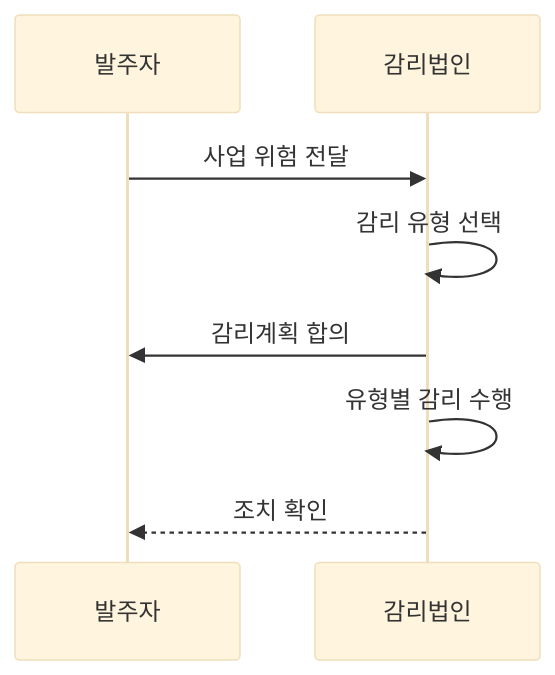
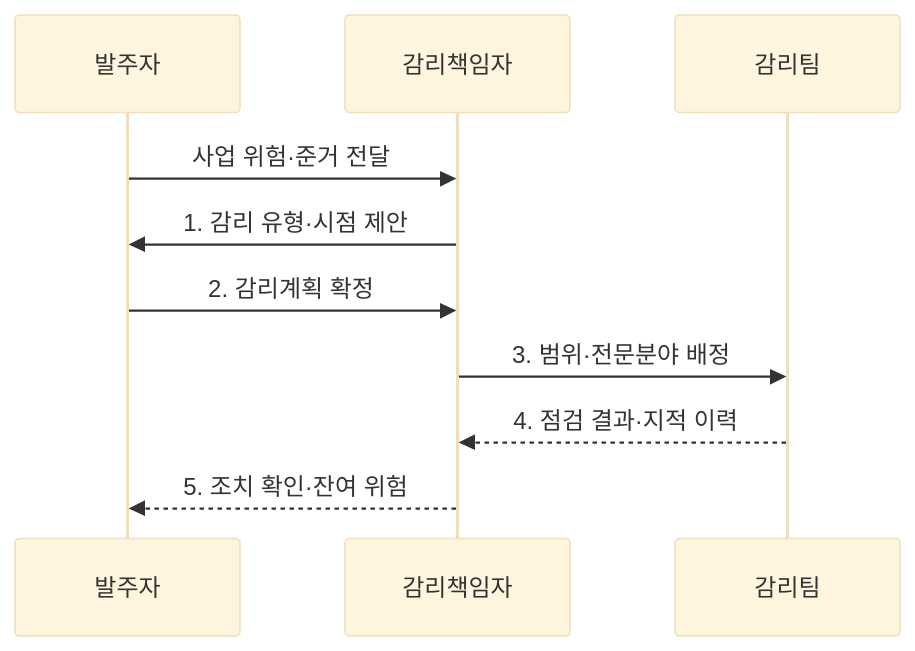
The second of 2 diagrams in src/content/docs/notes/06-evaluation/043_audit_types.md (agnusdei1207/knowledge-base), drawn with Mermaid (base theme) before and after one commit. The commit also changed other lines of this file and 9 other files, not shown here.

````diff
--- a/src/content/docs/notes/06-evaluation/043_audit_types.md
+++ b/src/content/docs/notes/06-evaluation/043_audit_types.md
@@ -83,10 +85,12 @@
 ```mermaid
 sequenceDiagram
     participant C as 발주자
-    participant A as 감리법인
-    C->>A: 사업 위험 전달
-    A->>A: 감리 유형 선택
-    A->>C: 감리계획 합의
-    A->>A: 유형별 감리 수행
-    A-->>C: 조치 확인
+    participant A as 감리책임자
+    participant T as 감리팀
+    C->>A: 사업 위험·준거 전달
+    A->>C: 1. 감리 유형·시점 제안
+    C->>A: 2. 감리계획 확정
+    A->>T: 3. 범위·전문분야 배정
+    T-->>A: 4. 점검 결과·지적 이력
+    A-->>C: 5. 조치 확인·잔여 위험
 ```
````
